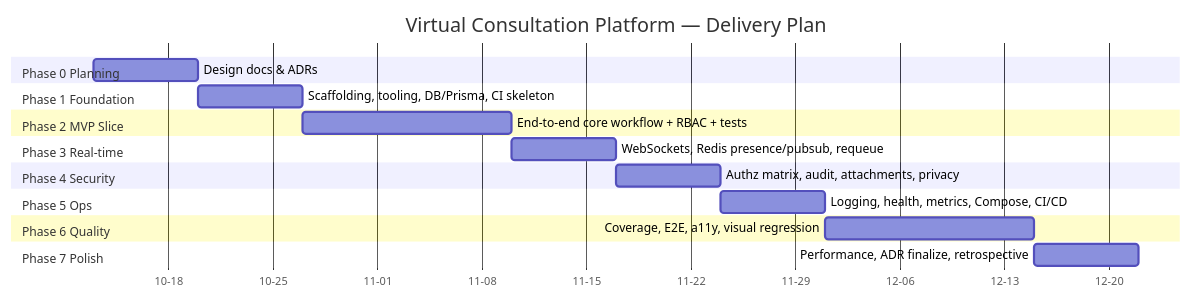
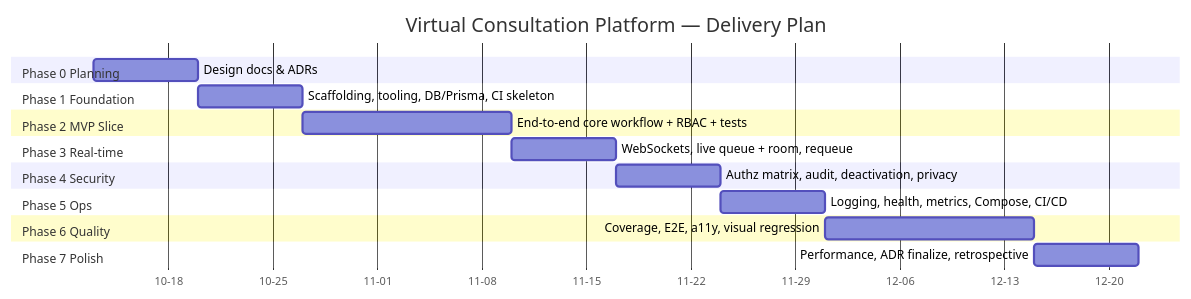
One commit to akritiupreti/virtual-consultation-platform changed the second of 2 diagrams in docs/project-plan.md. Above: the diagram before and after it, drawn with Mermaid. The commit also changed other lines of this file and 193 other files, not shown here.

First line of the commit message:
refactor: simplify consultation workflow and fix data-model diagram

````diff
--- a/docs/project-plan.md
+++ b/docs/project-plan.md
@@ -65,30 +65,30 @@
 ```mermaid
 gantt
     title Virtual Consultation Platform — Delivery Plan
     dateFormat  YYYY-MM-DD
     axisFormat  %m-%d
 
     section Phase 0 Planning
     Design docs & ADRs            :p0, 2026-10-13, 7d
 
     section Phase 1 Foundation
     Scaffolding, tooling, DB/Prisma, CI skeleton :p1, after p0, 7d
 
     section Phase 2 MVP Slice
     End-to-end core workflow + RBAC + tests      :p2, after p1, 14d
 
     section Phase 3 Real-time
-    WebSockets, Redis presence/pubsub, requeue   :p3, after p2, 7d
+    WebSockets, live queue + room, requeue       :p3, after p2, 7d
 
     section Phase 4 Security
-    Authz matrix, audit, attachments, privacy    :p4, after p3, 7d
+    Authz matrix, audit, deactivation, privacy   :p4, after p3, 7d
 
     section Phase 5 Ops
     Logging, health, metrics, Compose, CI/CD     :p5, after p4, 7d
 
     section Phase 6 Quality
     Coverage, E2E, a11y, visual regression       :p6, after p5, 14d
 
     section Phase 7 Polish
     Performance, ADR finalize, retrospective     :p7, after p6, 7d
 ```
````
